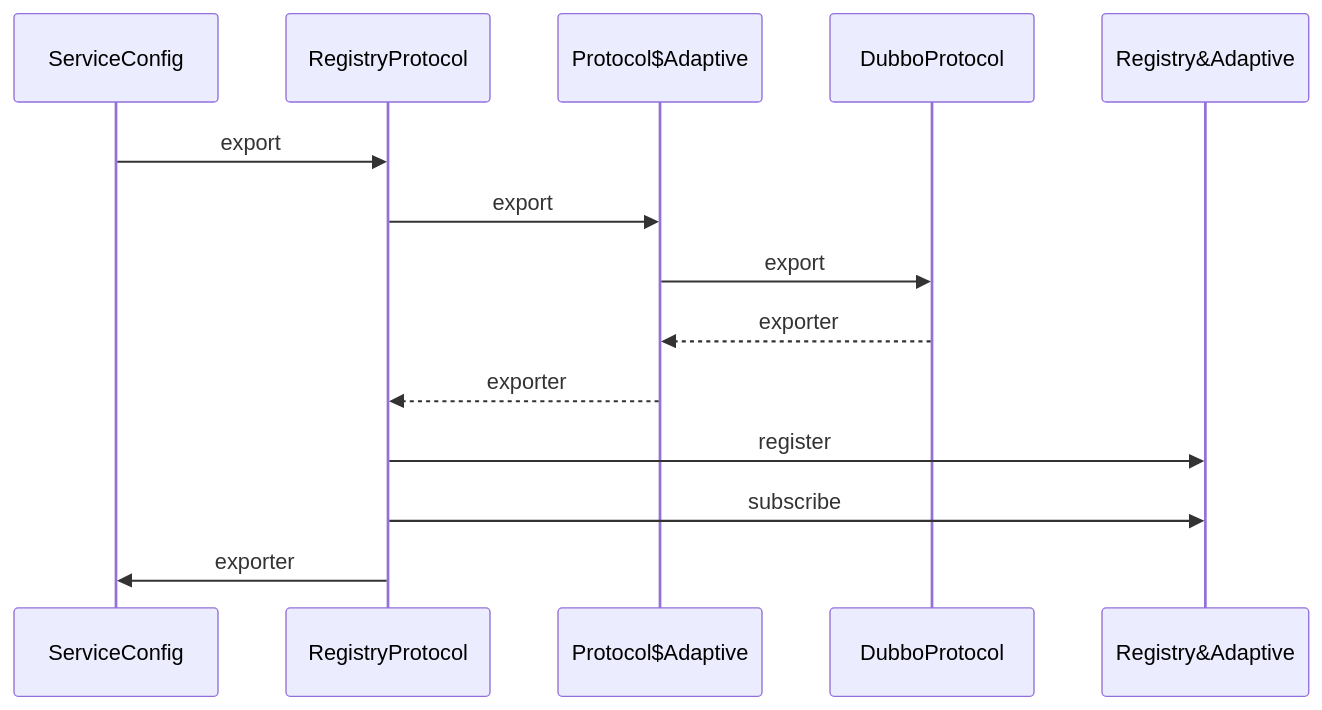
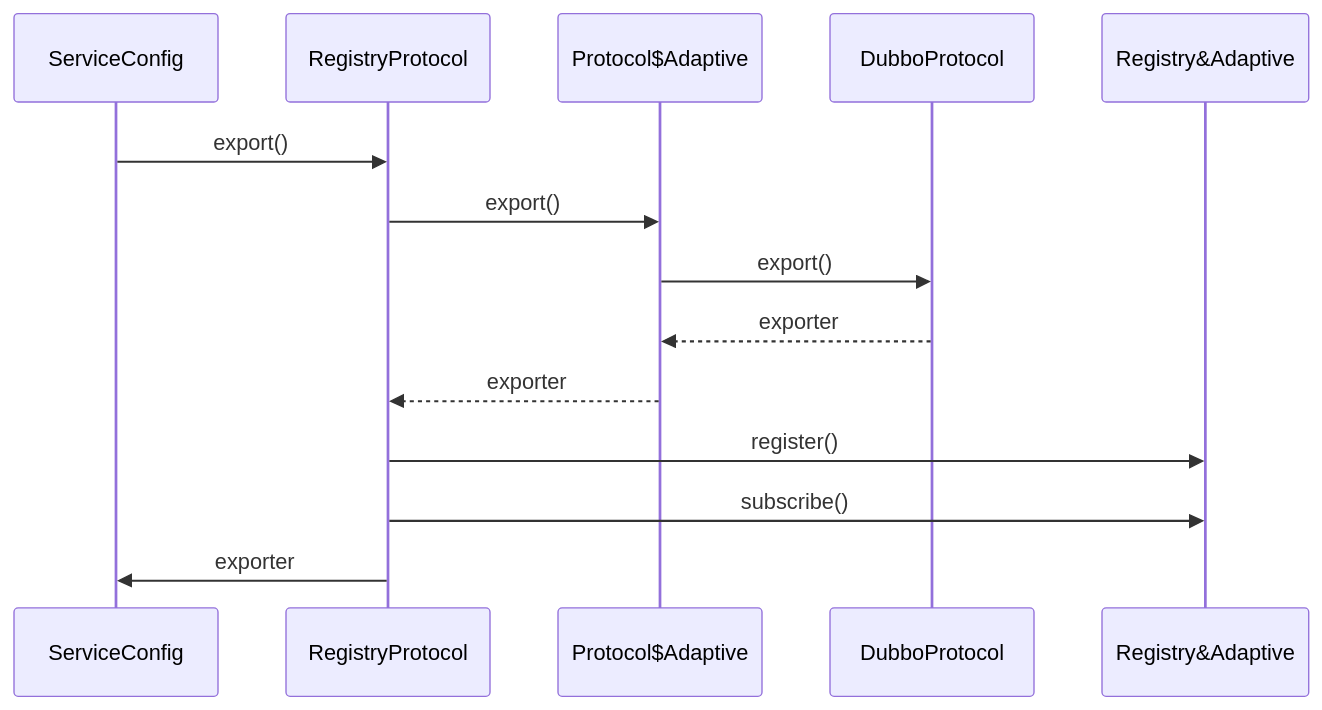
One commit to zhudongdong/docs changed the first of 2 diagrams in dubbo/dubbo.md. Above: the diagram before and after it, drawn with Mermaid. The commit also changed other lines of this file, not shown here.

Commit message:
Uploaded by https://stackedit.io/

````diff
--- a/dubbo/dubbo.md
+++ b/dubbo/dubbo.md
@@ -144,12 +144,12 @@
 ```mermaid
 sequenceDiagram
-ServiceConfig ->> RegistryProtocol: export
-RegistryProtocol->>Protocol$Adaptive: export
-Protocol$Adaptive->> DubboProtocol: export
+ServiceConfig ->> RegistryProtocol: export()
+RegistryProtocol->>Protocol$Adaptive: export()
+Protocol$Adaptive->> DubboProtocol: export()
 DubboProtocol-->> Protocol$Adaptive:exporter
 Protocol$Adaptive-->> RegistryProtocol:exporter
-RegistryProtocol->>Registry&Adaptive:register
-RegistryProtocol->>Registry&Adaptive:subscribe
+RegistryProtocol->>Registry&Adaptive:register()
+RegistryProtocol->>Registry&Adaptive:subscribe()
 RegistryProtocol->>ServiceConfig:exporter
 
 ```
````
